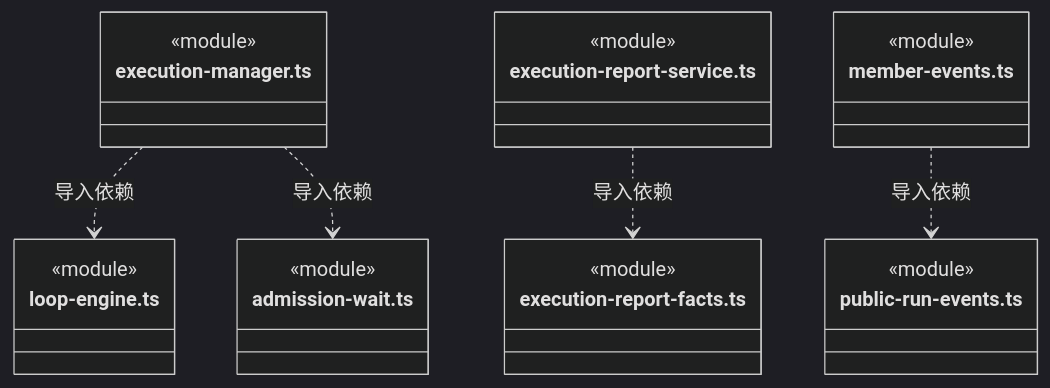
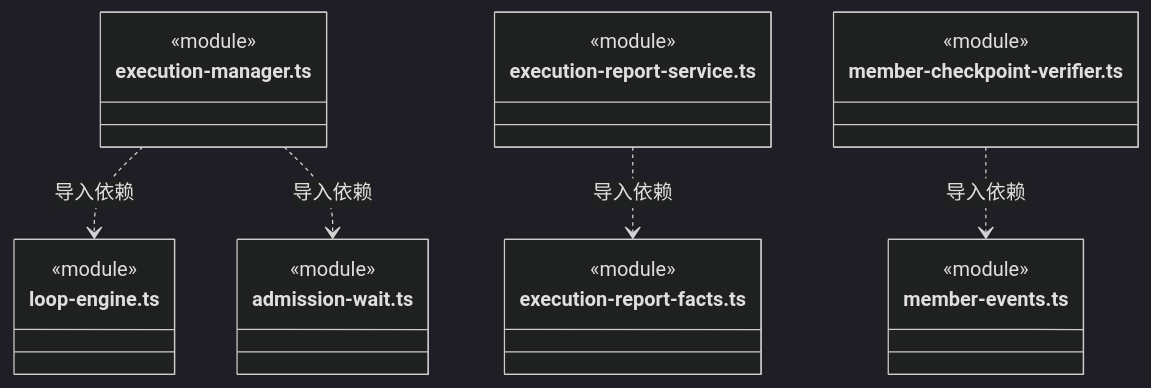
Diagram 46 of 56 in src/backend/scheduler-engine/execution/ARCHITECTURE.md (nan023062/cbim), drawn with Mermaid (dark theme) before and after one commit. The commit also changed other lines of this file and 85 other files, not shown here.

````diff
--- a/src/backend/scheduler-engine/execution/ARCHITECTURE.md
+++ b/src/backend/scheduler-engine/execution/ARCHITECTURE.md
@@ -1171,28 +1225,28 @@
 ```mermaid
 classDiagram
 class N_src_backend_scheduler_engine_execution_execution_manager_ts["execution-manager.ts"] {
   <<module>>
 }
 class N_src_backend_scheduler_engine_execution_loop_engine_ts["loop-engine.ts"] {
   <<module>>
 }
 class N_src_backend_scheduler_engine_execution_admission_wait_ts["admission-wait.ts"] {
   <<module>>
 }
 class N_src_backend_scheduler_engine_execution_execution_report_service_ts["execution-report-service.ts"] {
   <<module>>
 }
 class N_src_backend_scheduler_engine_execution_execution_report_facts_ts["execution-report-facts.ts"] {
   <<module>>
 }
-class N_src_backend_scheduler_engine_execution_member_events_ts["member-events.ts"] {
+class N_src_backend_scheduler_engine_execution_member_checkpoint_verifier_ts["member-checkpoint-verifier.ts"] {
   <<module>>
 }
-class N_src_backend_scheduler_engine_execution_public_run_events_ts["public-run-events.ts"] {
+class N_src_backend_scheduler_engine_execution_member_events_ts["member-events.ts"] {
   <<module>>
 }
 N_src_backend_scheduler_engine_execution_execution_manager_ts ..> N_src_backend_scheduler_engine_execution_loop_engine_ts : 导入依赖
 N_src_backend_scheduler_engine_execution_execution_manager_ts ..> N_src_backend_scheduler_engine_execution_admission_wait_ts : 导入依赖
 N_src_backend_scheduler_engine_execution_execution_report_service_ts ..> N_src_backend_scheduler_engine_execution_execution_report_facts_ts : 导入依赖
-N_src_backend_scheduler_engine_execution_member_events_ts ..> N_src_backend_scheduler_engine_execution_public_run_events_ts : 导入依赖
+N_src_backend_scheduler_engine_execution_member_checkpoint_verifier_ts ..> N_src_backend_scheduler_engine_execution_member_events_ts : 导入依赖
 ```
````
